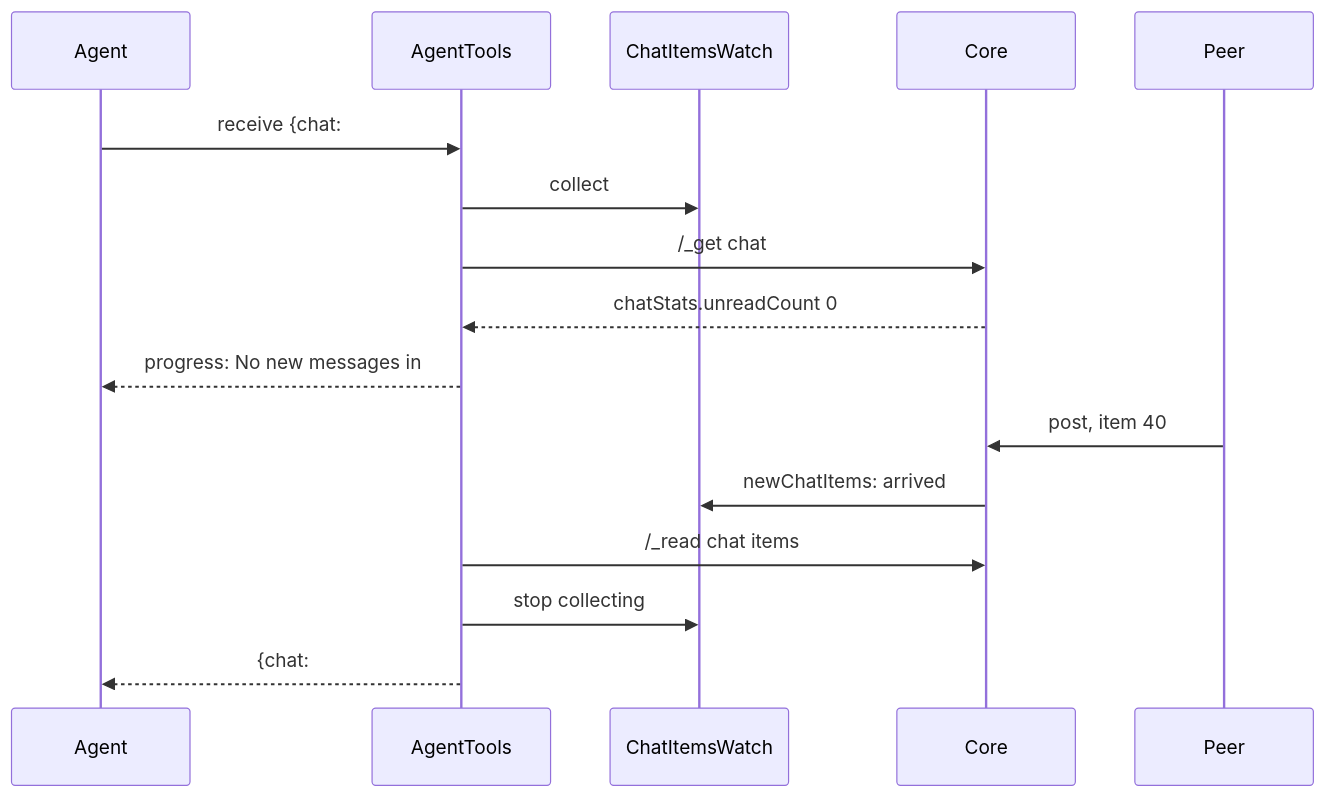
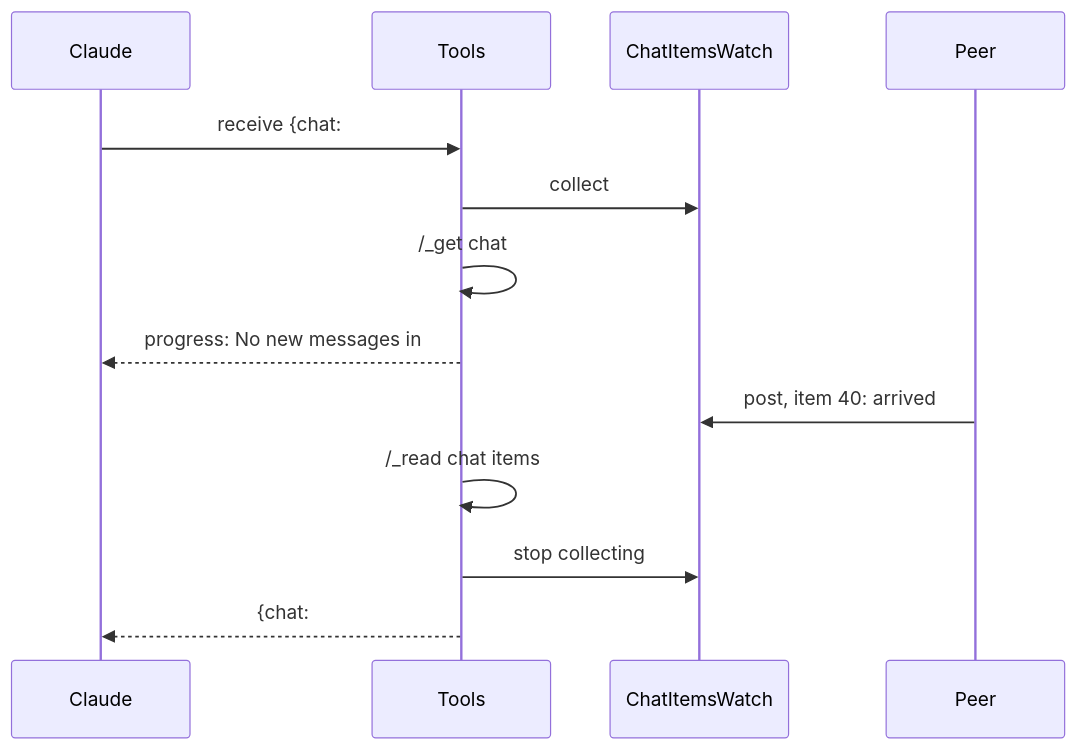
One commit to simplex-chat/simplex-chat changed the fifth of 15 diagrams in packages/simplex-chat-mcp/spec/flows.md. Above: the diagram before and after it, drawn with Mermaid. The commit also changed other lines of this file and 7 other files, not shown here.

````diff
--- a/packages/simplex-chat-mcp/spec/flows.md
+++ b/packages/simplex-chat-mcp/spec/flows.md
@@ -248,18 +230,15 @@
 ```mermaid
 sequenceDiagram
-  participant A as Agent
-  participant T as AgentTools
+  participant C as Claude
+  participant T as Tools
   participant W as ChatItemsWatch
-  participant C as Core
-  participant D as Peer
-  A->>T: receive {chat: #12, wait: 3600, limit: 50}
+  participant P as Peer
+  C->>T: receive {chat: #12, wait: 3600, limit: 50}
   T->>W: collect #12 into arrived
-  T->>C: /_get chat #12 initial=1
-  C-->>T: chatStats.unreadCount 0
-  T-->>A: progress: No new messages in #12, waiting until TIME.
-  D->>C: post, item 40
-  C->>W: newChatItems: arrived
-  T->>C: /_read chat items #12 40
+  T->>T: /_get chat #12 initial=1: unreadCount 0
+  T-->>C: progress: No new messages in #12, waiting until TIME.
+  P->>W: post, item 40: arrived
+  T->>T: /_read chat items #12 40
   T->>W: stop collecting
-  T-->>A: {chat: #12, messages: [40], more: 0}
+  T-->>C: {chat: #12, messages: [40], more: 0}
 ```
````
